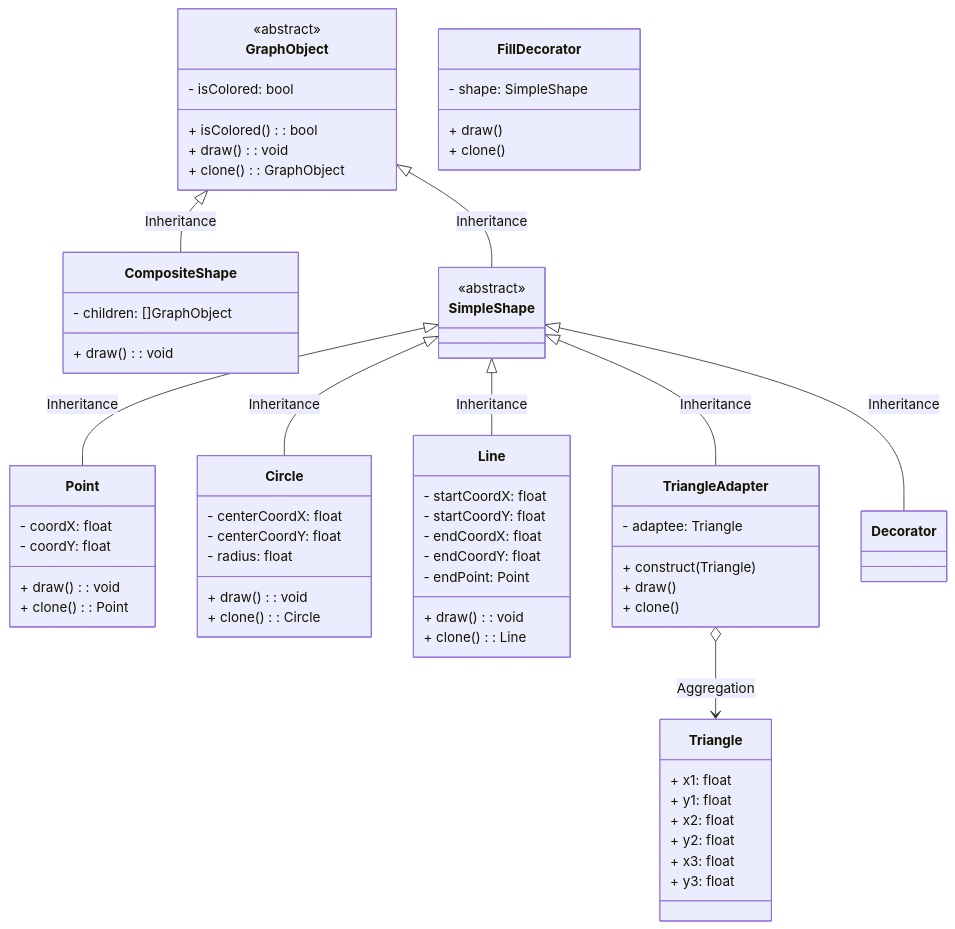
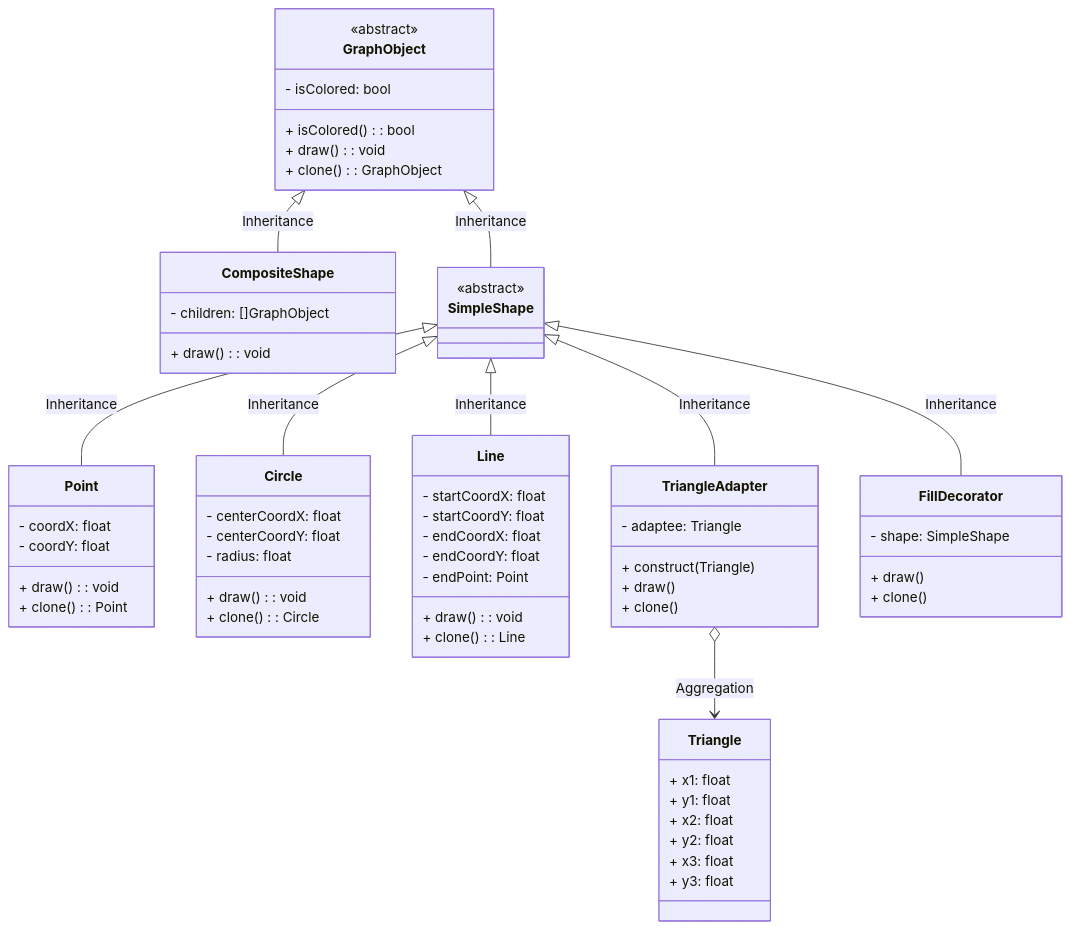
One commit to ugsite/patterns changed the diagram in lab2/README.md. Above: the diagram before and after it, drawn with Mermaid.

Commit message:
lab2 - fix

````diff
--- a/lab2/README.md
+++ b/lab2/README.md
@@ -3,79 +3,79 @@
 ```mermaid
 classDiagram
   direction TB
 
   class GraphObject {
     <<abstract>>
     - isColored: bool
     + isColored(): bool
     + draw(): void
     + clone(): GraphObject
   }
 
   class Point {
     - coordX: float
     - coordY: float
     + draw(): void
     + clone(): Point
   }
 
   class Circle {
     - centerCoordX: float
     - centerCoordY: float
     - radius: float
     + draw(): void
     + clone(): Circle
   }
 
   class Line {
     - startCoordX: float
     - startCoordY: float
     - endCoordX: float
     - endCoordY: float
     - endPoint: Point
     + draw(): void
     + clone(): Line    
   }
 
   class Triangle {
     + x1: float
     + y1: float
     + x2: float
     + y2: float
     + x3: float
     + y3: float        
   }
 
   class TriangleAdapter {
     - adaptee: Triangle
     + construct(Triangle)
     + draw()
     + clone()
   }
 
   class FillDecorator {
     - shape: SimpleShape
     + draw()
     + clone()
   }
 
   class CompositeShape {
     - children: []GraphObject
     + draw(): void
   }
   
   class SimpleShape {
     <<abstract>>
   }
 
   GraphObject <|-- SimpleShape: Inheritance
   GraphObject <|-- CompositeShape: Inheritance
 
   SimpleShape <|-- Point: Inheritance
   SimpleShape <|-- Line: Inheritance
   SimpleShape <|-- Circle: Inheritance
   SimpleShape <|-- TriangleAdapter: Inheritance
-  SimpleShape <|-- Decorator: Inheritance
+  SimpleShape <|-- FillDecorator: Inheritance
   
   TriangleAdapter o--> Triangle: Aggregation  
 ```
````
